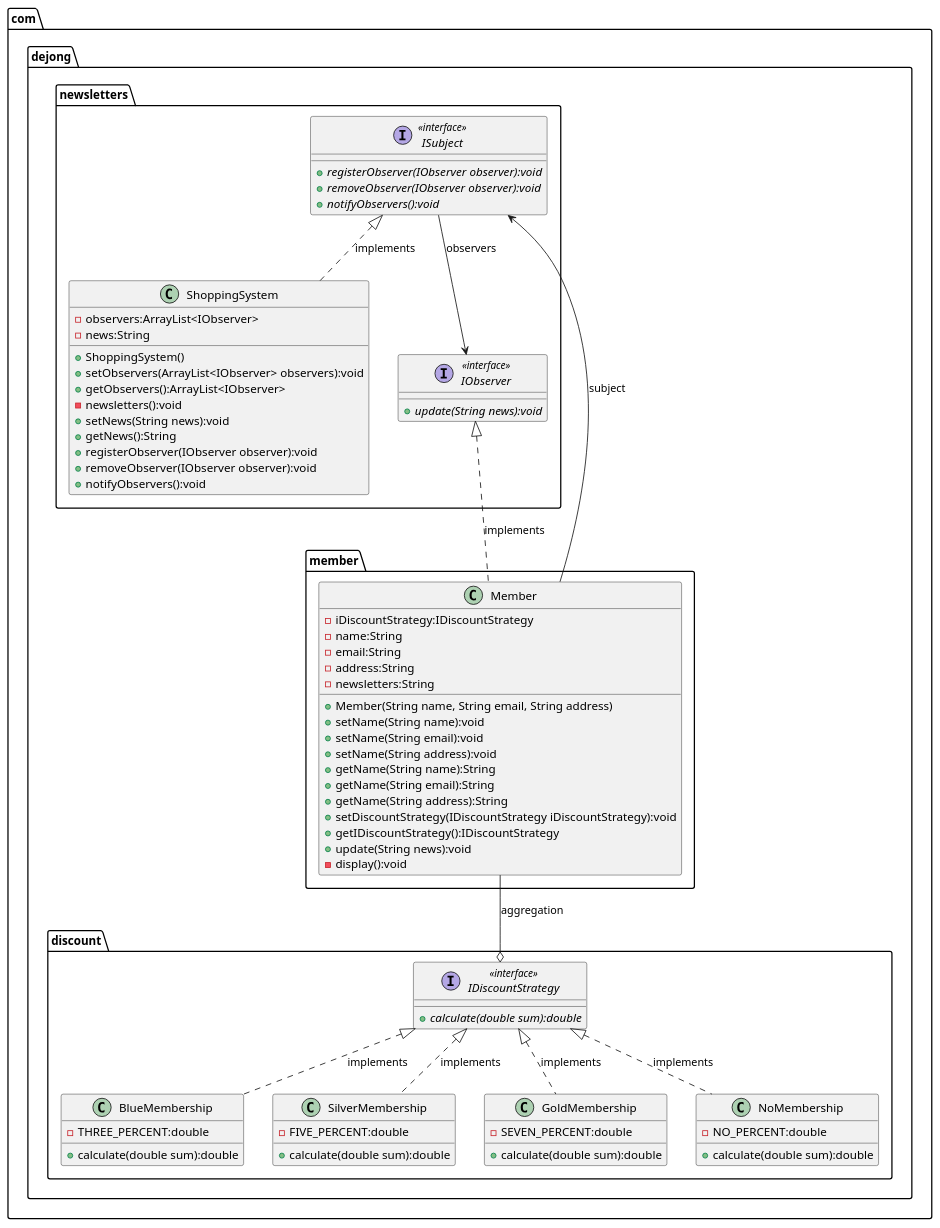
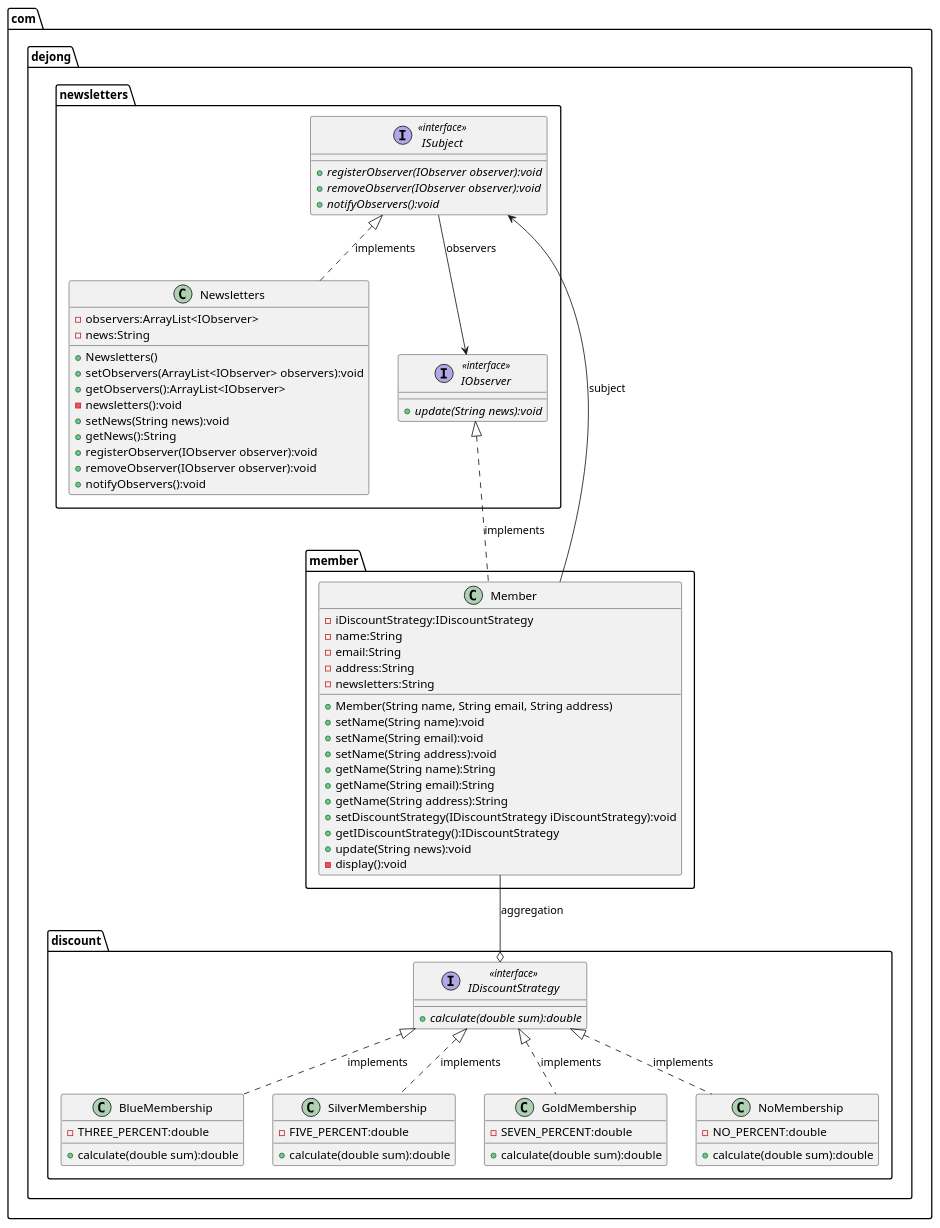
Before and after one commit to dejongyeong/design-patterns: the diagram in online-shopping/online-shopping.puml, drawn with PlantUML. The commit also changed 5 other files, not shown here.

```diff
--- a/online-shopping/online-shopping.puml
+++ b/online-shopping/online-shopping.puml
@@ -1,76 +1,76 @@
 @startuml
 
 'Concrete Class
 class com.dejong.discount.BlueMembership {
     - THREE_PERCENT:double
     + calculate(double sum):double
 }
 class com.dejong.discount.SilverMembership {
     - FIVE_PERCENT:double
     + calculate(double sum):double
 }
 class com.dejong.discount.GoldMembership {
     - SEVEN_PERCENT:double
     + calculate(double sum):double
 }
 class com.dejong.discount.NoMembership {
     - NO_PERCENT:double
     + calculate(double sum):double
 }
 class com.dejong.member.Member {
     - iDiscountStrategy:IDiscountStrategy
     - name:String
     - email:String
     - address:String
     - newsletters:String
     + Member(String name, String email, String address)
     + setName(String name):void
     + setName(String email):void
     + setName(String address):void
     + getName(String name):String
     + getName(String email):String
     + getName(String address):String
     + setDiscountStrategy(IDiscountStrategy iDiscountStrategy):void
     + getIDiscountStrategy():IDiscountStrategy
     + update(String news):void
     - display():void
 }
-class com.dejong.newsletters.ShoppingSystem {
+class com.dejong.newsletters.Newsletters {
     - observers:ArrayList<IObserver>
     - news:String
-    + ShoppingSystem()
+    + Newsletters()
     + setObservers(ArrayList<IObserver> observers):void
     + getObservers():ArrayList<IObserver>
     - newsletters():void
     + setNews(String news):void
     + getNews():String
     + registerObserver(IObserver observer):void
     + removeObserver(IObserver observer):void
     + notifyObservers():void
 }
 
 'Interface
 interface com.dejong.discount.IDiscountStrategy << interface >> {
     + {abstract} calculate(double sum):double
 }
 interface com.dejong.newsletters.ISubject << interface >> {
     + {abstract} registerObserver(IObserver observer):void
     + {abstract} removeObserver(IObserver observer):void
     + {abstract} notifyObservers():void
 }
 interface com.dejong.newsletters.IObserver << interface >> {
     + {abstract} update(String news):void
 }
 
 'Relationships
 com.dejong.member.Member --o com.dejong.discount.IDiscountStrategy : aggregation
 com.dejong.discount.IDiscountStrategy <|.. com.dejong.discount.BlueMembership : implements
 com.dejong.discount.IDiscountStrategy <|.. com.dejong.discount.SilverMembership : implements
 com.dejong.discount.IDiscountStrategy <|.. com.dejong.discount.GoldMembership : implements
 com.dejong.discount.IDiscountStrategy <|.. com.dejong.discount.NoMembership : implements
 com.dejong.newsletters.IObserver <|.. com.dejong.member.Member : implements
-com.dejong.newsletters.ISubject <|.. com.dejong.newsletters.ShoppingSystem : implements
+com.dejong.newsletters.ISubject <|.. com.dejong.newsletters.Newsletters : implements
 com.dejong.newsletters.ISubject --> com.dejong.newsletters.IObserver : observers
 com.dejong.member.Member --> com.dejong.newsletters.ISubject : subject
 
 @enduml
```
